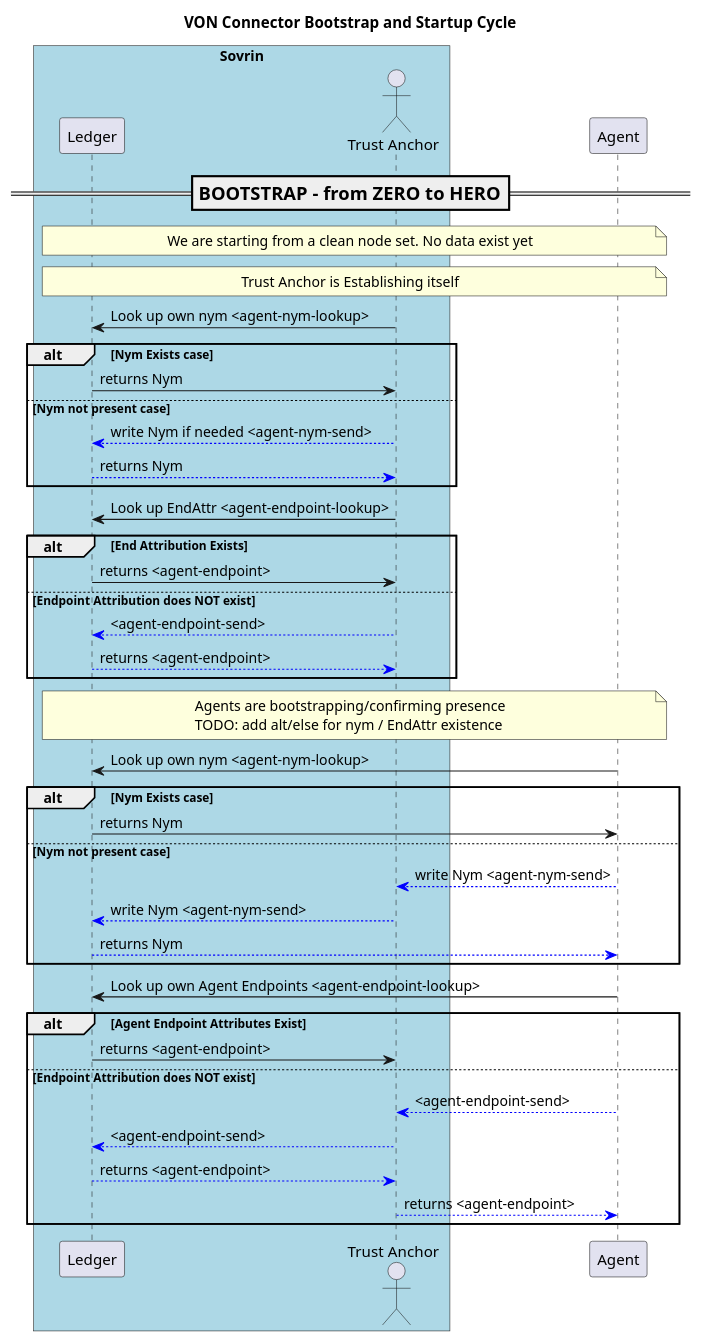
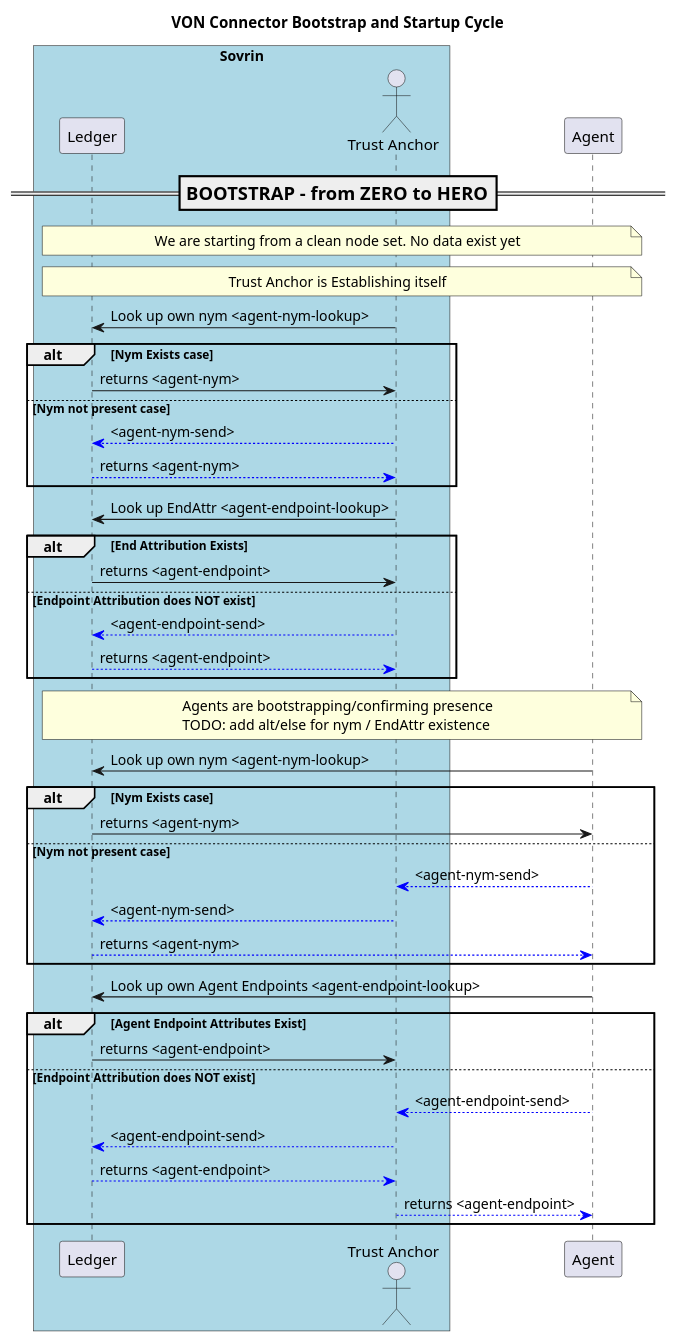
One commit to bcgov/von changed the diagram in models/BootstrappingSystem.puml. Above: the diagram before and after it, drawn with PlantUML.

Commit message:
minor cleanup

```diff
--- a/models/BootstrappingSystem.puml
+++ b/models/BootstrappingSystem.puml
@@ -1,67 +1,67 @@
 @startuml
 skinparam ParticipantPadding 20
 skinparam BoxPadding 20
 
 title VON Connector Bootstrap and Startup Cycle
 scale 1.0
 
 
 box "Sovrin" #LightBlue
   participant "Ledger" as Ledger
   actor "Trust Anchor" as TA
 endbox
 
 participant "Agent" as Ag
 
 
 === BOOTSTRAP - from ZERO to HERO ==
 note over Ledger, Ag
 We are starting from a clean node set. No data exist yet
 endnote
 
 
 note over Ledger, Ag
 Trust Anchor is Establishing itself
 endnote
 TA -> Ledger: Look up own nym <agent-nym-lookup>
 alt Nym Exists case
-  Ledger -> TA: returns Nym
+  Ledger -> TA: returns <agent-nym>
 else Nym not present case
-  TA --[#blue]> Ledger: write Nym if needed <agent-nym-send>
-  Ledger --[#blue]> TA: returns Nym
+  TA --[#blue]> Ledger: <agent-nym-send>
+  Ledger --[#blue]> TA: returns <agent-nym>
 end
 
 TA -> Ledger: Look up EndAttr <agent-endpoint-lookup>
 alt End Attribution Exists
   Ledger -> TA: returns <agent-endpoint>
 else Endpoint Attribution does NOT exist
   TA --[#blue]> Ledger: <agent-endpoint-send>
   Ledger --[#blue]> TA: returns <agent-endpoint>
 end
 
 
 note over Ledger, Ag
 Agents are bootstrapping/confirming presence
 TODO: add alt/else for nym / EndAttr existence
 endnote
 Ag -> Ledger: Look up own nym <agent-nym-lookup>
 alt Nym Exists case
-  Ledger -> Ag: returns Nym
+  Ledger -> Ag: returns <agent-nym>
 else Nym not present case
-  Ag --[#blue]> TA: write Nym <agent-nym-send>
-  TA --[#blue]> Ledger: write Nym <agent-nym-send>
-  Ledger --[#blue]> Ag: returns Nym
+  Ag --[#blue]> TA: <agent-nym-send>
+  TA --[#blue]> Ledger: <agent-nym-send>
+  Ledger --[#blue]> Ag: returns <agent-nym>
 end
 
 Ag -> Ledger: Look up own Agent Endpoints <agent-endpoint-lookup>
 alt Agent Endpoint Attributes Exist
   Ledger -> TA: returns <agent-endpoint>
 else Endpoint Attribution does NOT exist
   Ag --[#blue]> TA: <agent-endpoint-send>
     TA --[#blue]> Ledger: <agent-endpoint-send>
     Ledger --[#blue]> TA: returns <agent-endpoint>
     TA --[#blue]> Ag: returns <agent-endpoint>
 end
 
 
 @enduml
```
